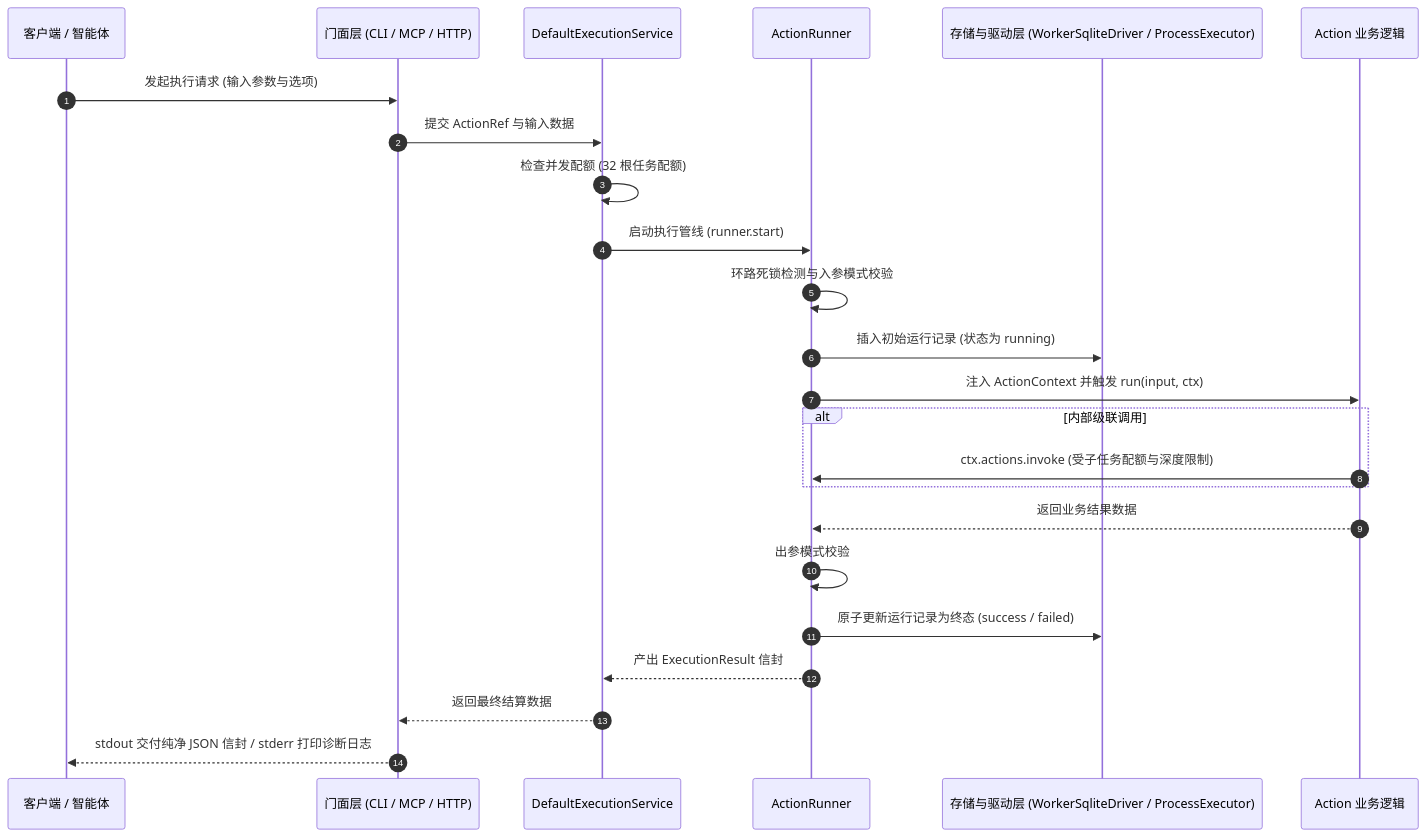
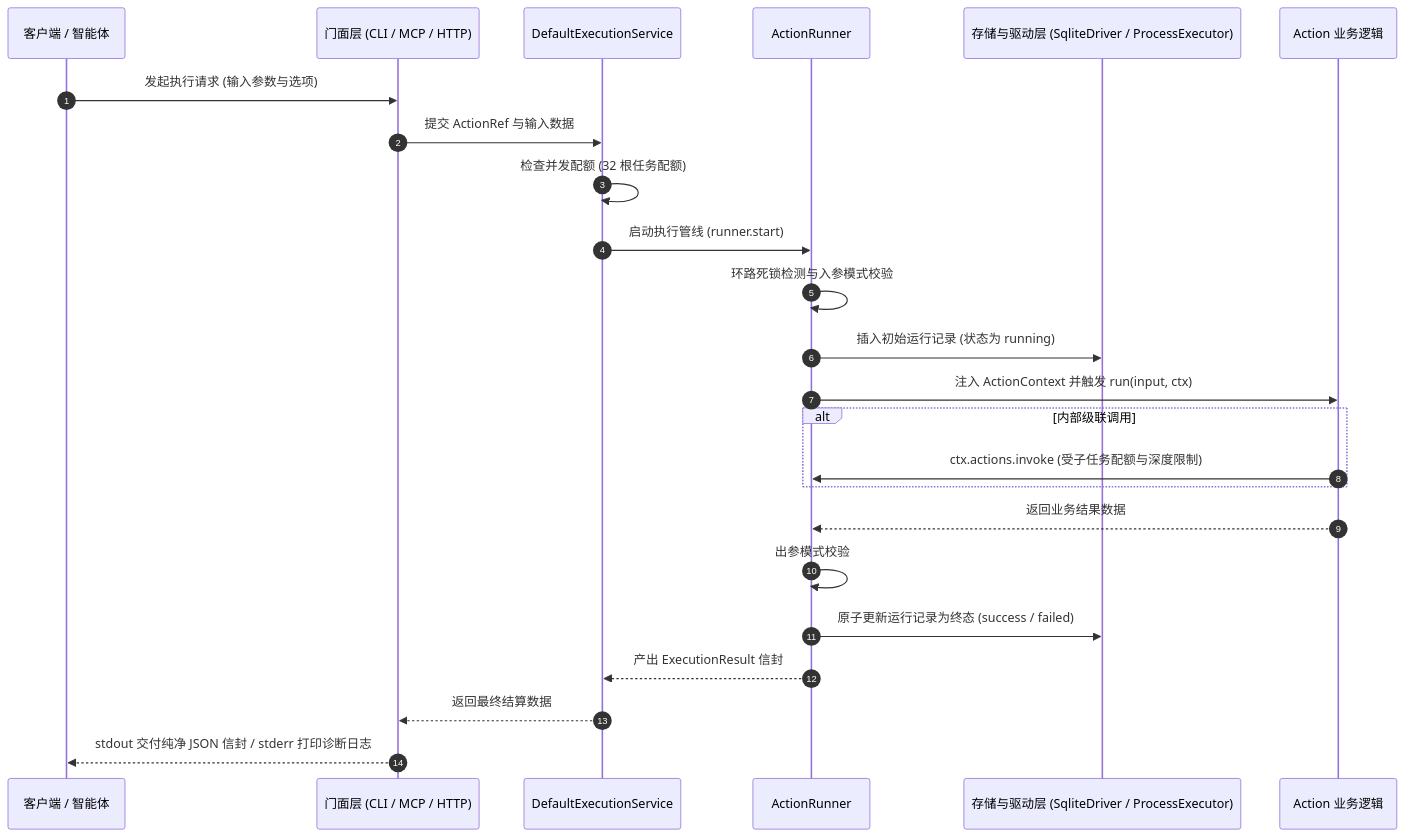
Before and after one commit to team4u/actiondock: the third of 3 diagrams in docs/getting-started/overview.md, drawn with Mermaid. The commit also changed other lines of this file and 15 other files, not shown here.

````diff
--- a/docs/getting-started/overview.md
+++ b/docs/getting-started/overview.md
@@ -121,27 +121,27 @@
 ```mermaid
 sequenceDiagram
     autonumber
     participant Client as 客户端 / 智能体
     participant Facade as 门面层 (CLI / MCP / HTTP)
     participant ExecService as DefaultExecutionService
     participant Runner as ActionRunner
-    participant Driver as 存储与驱动层 (WorkerSqliteDriver / ProcessExecutor)
+    participant Driver as 存储与驱动层 (SqliteDriver / ProcessExecutor)
     participant Action as Action 业务逻辑
 
     Client->>Facade: 发起执行请求 (输入参数与选项)
     Facade->>ExecService: 提交 ActionRef 与输入数据
     ExecService->>ExecService: 检查并发配额 (32 根任务配额)
     ExecService->>Runner: 启动执行管线 (runner.start)
     Runner->>Runner: 环路死锁检测与入参模式校验
     Runner->>Driver: 插入初始运行记录 (状态为 running)
     Runner->>Action: 注入 ActionContext 并触发 run(input, ctx)
     alt 内部级联调用
         Action->>Runner: ctx.actions.invoke (受子任务配额与深度限制)
     end
     Action-->>Runner: 返回业务结果数据
     Runner->>Runner: 出参模式校验
     Runner->>Driver: 原子更新运行记录为终态 (success / failed)
     Runner-->>ExecService: 产出 ExecutionResult 信封
     ExecService-->>Facade: 返回最终结算数据
     Facade-->>Client: stdout 交付纯净 JSON 信封 / stderr 打印诊断日志
 ```
````
